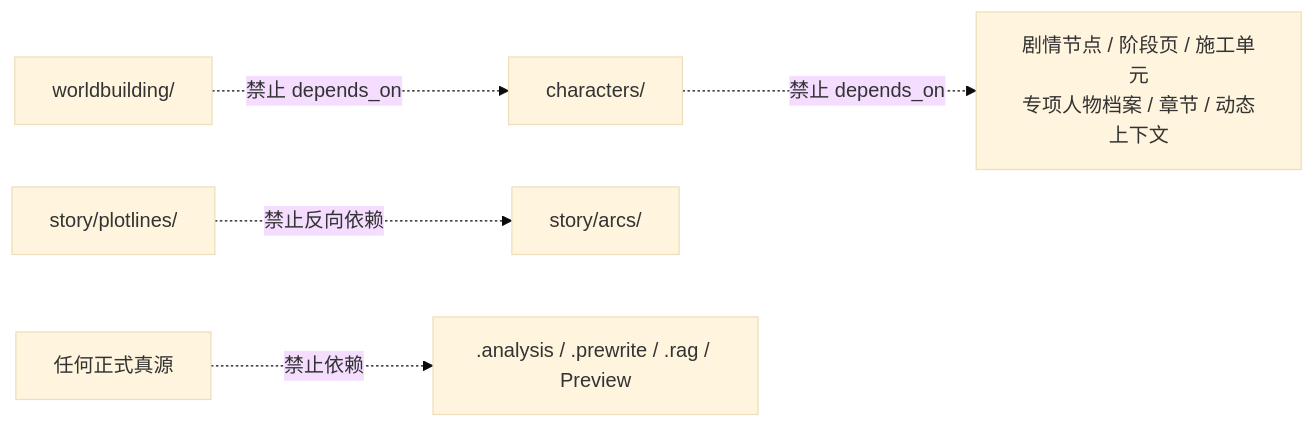
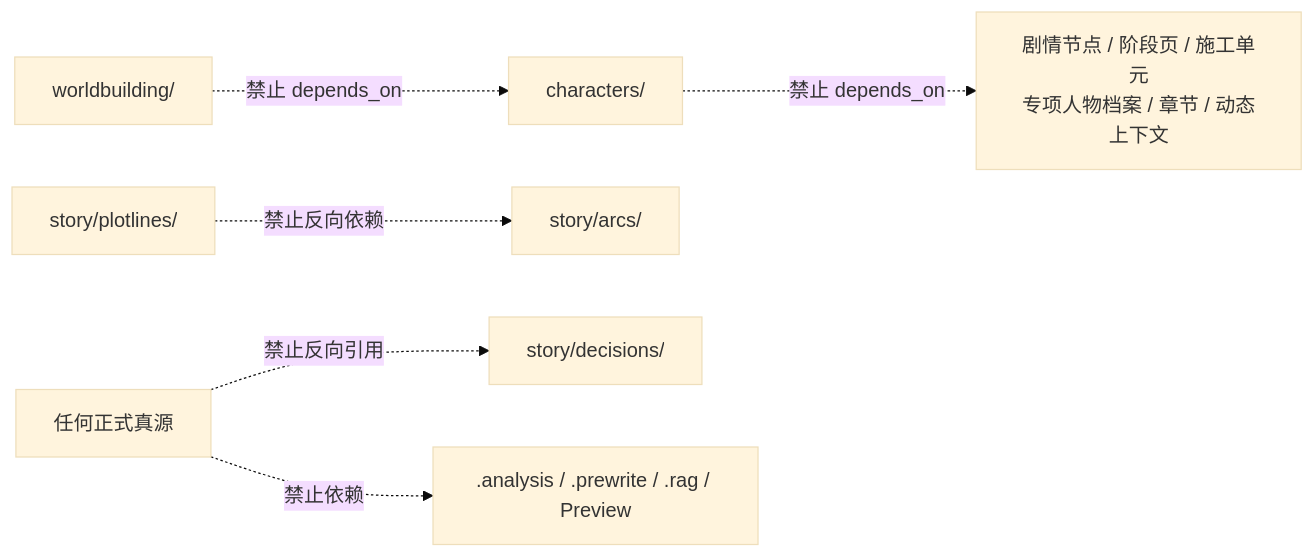
One commit to zevwings/story-stars changed the third of 3 diagrams in REFERENCES.md. Above: the diagram before and after it, drawn with Mermaid (base theme). The commit also changed other lines of this file and 155 other files, not shown here.

````diff
--- a/REFERENCES.md
+++ b/REFERENCES.md
@@ -78,7 +82,8 @@
 ```mermaid
 flowchart LR
     World["worldbuilding/"] -. "禁止 depends_on" .-> Character["characters/"]
     Character -. "禁止 depends_on" .-> Narrative["剧情节点 / 阶段页 / 施工单元<br/>专项人物档案 / 章节 / 动态上下文"]
     Plotline["story/plotlines/"] -. "禁止反向依赖" .-> Arc["story/arcs/"]
-    Formal["任何正式真源"] -. "禁止依赖" .-> Derived[".analysis / .prewrite / .rag / Preview"]
+    Formal["任何正式真源"] -. "禁止反向引用" .-> Decision["story/decisions/"]
+    Formal -. "禁止依赖" .-> Derived[".analysis / .prewrite / .rag / Preview"]
 ```
````
